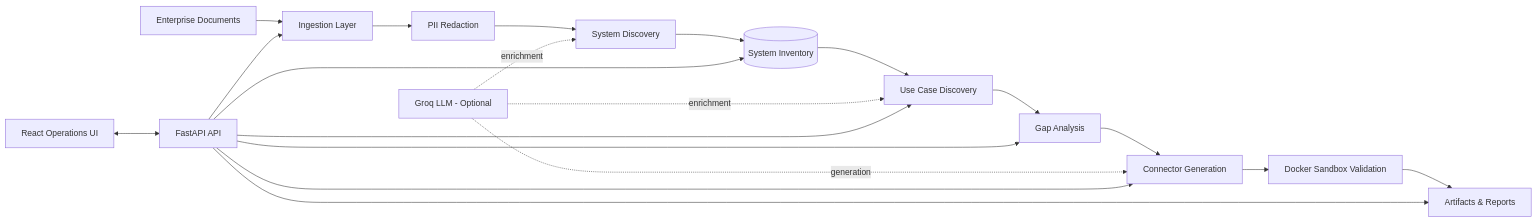
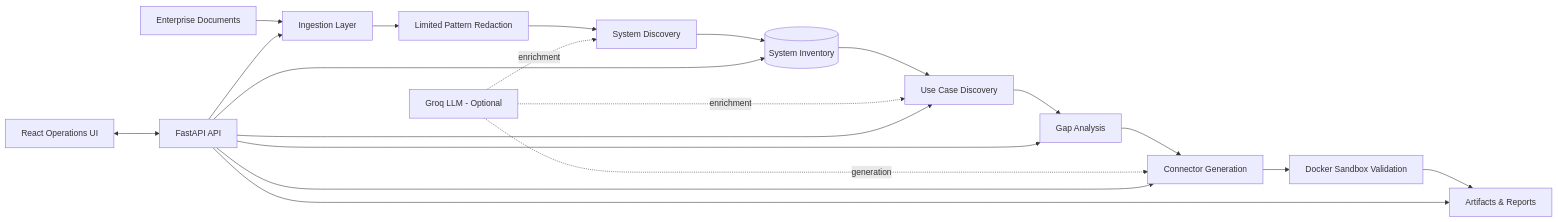
Before and after one commit to mathanvasagam/Discovery_agent: the first of 3 diagrams in README.md, drawn with Mermaid. The commit also changed other lines of this file and 56 other files, not shown here.

````diff
--- a/README.md
+++ b/README.md
@@ -35,24 +39,24 @@
 ```mermaid
 flowchart LR
     A[Enterprise Documents] --> B[Ingestion Layer]
-    B --> C[PII Redaction]
+    B --> C[Limited Pattern Redaction]
     C --> D[System Discovery]
     D --> E[(System Inventory)]
     E --> F[Use Case Discovery]
     F --> G[Gap Analysis]
     G --> H[Connector Generation]
     H --> I[Docker Sandbox Validation]
     I --> J[Artifacts & Reports]
 
     K[Groq LLM - Optional] -. enrichment .-> D
     K -. enrichment .-> F
     K -. generation .-> H
 
     L[React Operations UI] <--> M[FastAPI API]
     M --> B
     M --> E
     M --> F
     M --> G
     M --> H
     M --> J
 ```
````
